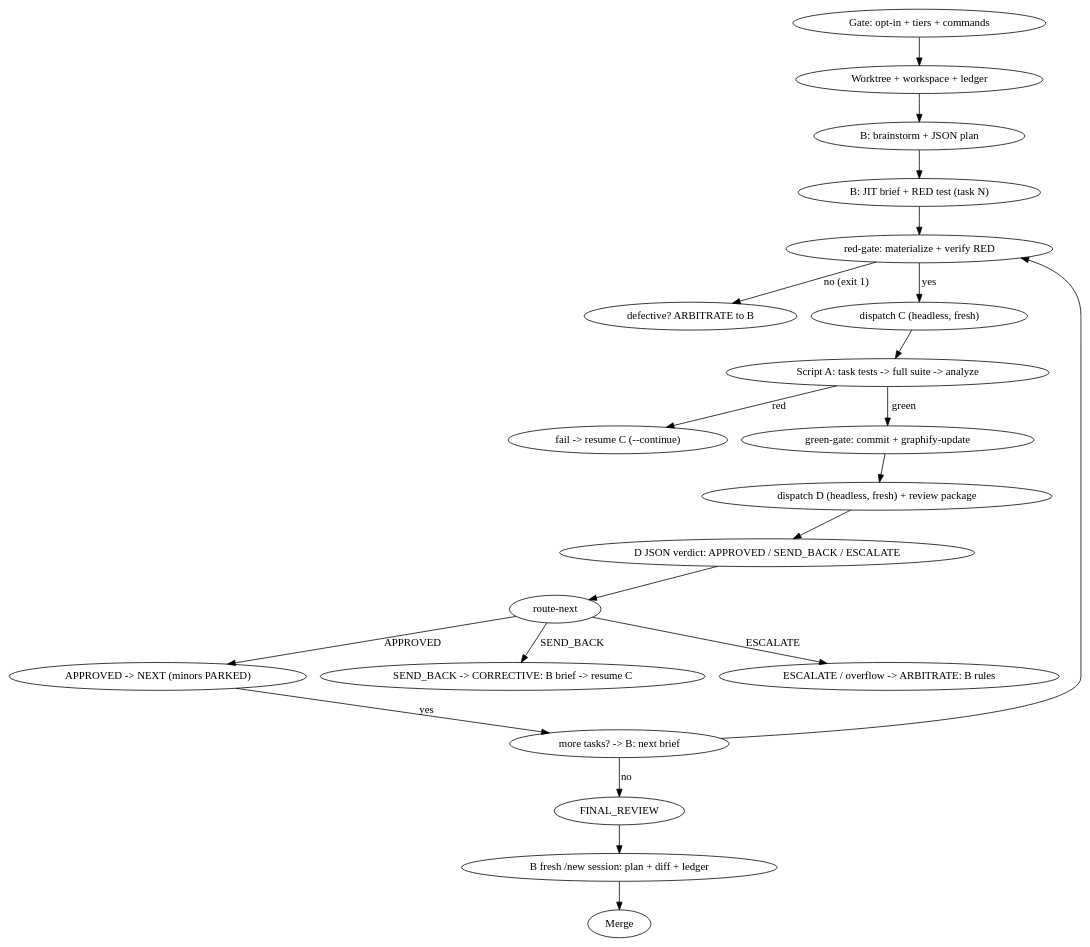
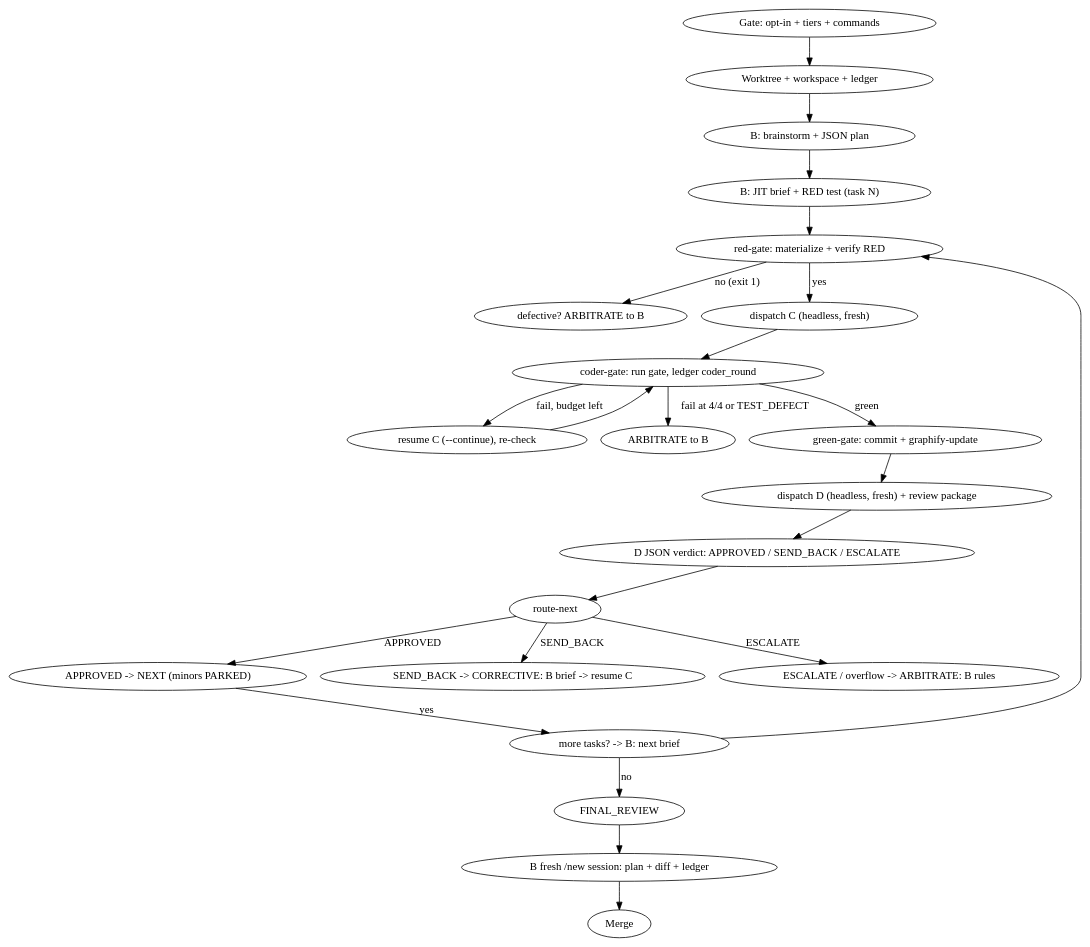
Before and after one commit to CarlosMonteiroNeto/superpowers-two-model-pipeline: the diagram in skills/two-model-sdd-pipeline/SKILL.md, drawn with Graphviz. The commit also changed other lines of this file and 28 other files, not shown here.

Commit message:
feat: merge superpowers-modified zips (coder-gate, resolve-toolchain, generic red-gate, Pipeline Integration sections)

````diff
--- a/skills/two-model-sdd-pipeline/SKILL.md
+++ b/skills/two-model-sdd-pipeline/SKILL.md
@@ -231,25 +261,27 @@
 ```dot
 digraph pipeline {
     rankdir=TB;
     "Gate: opt-in + tiers + commands" -> "Worktree + workspace + ledger";
     "Worktree + workspace + ledger" -> "B: brainstorm + JSON plan";
     "B: brainstorm + JSON plan" -> "B: JIT brief + RED test (task N)";
     "B: JIT brief + RED test (task N)" -> "red-gate: materialize + verify RED";
     "red-gate: materialize + verify RED" -> "defective? ARBITRATE to B" [label="no (exit 1)"];
     "red-gate: materialize + verify RED" -> "dispatch C (headless, fresh)" [label="yes"];
-    "dispatch C (headless, fresh)" -> "Script A: task tests -> full suite -> analyze";
-    "Script A: task tests -> full suite -> analyze" -> "fail -> resume C (--continue)" [label="red"];
-    "Script A: task tests -> full suite -> analyze" -> "green-gate: commit + graphify-update" [label="green"];
+    "dispatch C (headless, fresh)" -> "coder-gate: run gate, ledger coder_round";
+    "coder-gate: run gate, ledger coder_round" -> "resume C (--continue), re-check" [label="fail, budget left"];
+    "resume C (--continue), re-check" -> "coder-gate: run gate, ledger coder_round";
+    "coder-gate: run gate, ledger coder_round" -> "ARBITRATE to B" [label="fail at 4/4 or TEST_DEFECT"];
+    "coder-gate: run gate, ledger coder_round" -> "green-gate: commit + graphify-update" [label="green"];
     "green-gate: commit + graphify-update" -> "dispatch D (headless, fresh) + review package";
     "dispatch D (headless, fresh) + review package" -> "D JSON verdict: APPROVED / SEND_BACK / ESCALATE";
     "D JSON verdict: APPROVED / SEND_BACK / ESCALATE" -> "route-next";
     "route-next" -> "APPROVED -> NEXT (minors PARKED)" [label="APPROVED"];
     "route-next" -> "SEND_BACK -> CORRECTIVE: B brief -> resume C" [label="SEND_BACK"];
     "route-next" -> "ESCALATE / overflow -> ARBITRATE: B rules" [label="ESCALATE"];
     "APPROVED -> NEXT (minors PARKED)" -> "more tasks? -> B: next brief" [label="yes"];
     "more tasks? -> B: next brief" -> "red-gate: materialize + verify RED";
     "more tasks? -> B: next brief" -> "FINAL_REVIEW" [label="no"];
     "FINAL_REVIEW" -> "B fresh /new session: plan + diff + ledger";
     "B fresh /new session: plan + diff + ledger" -> "Merge";
 }
 ```
````
